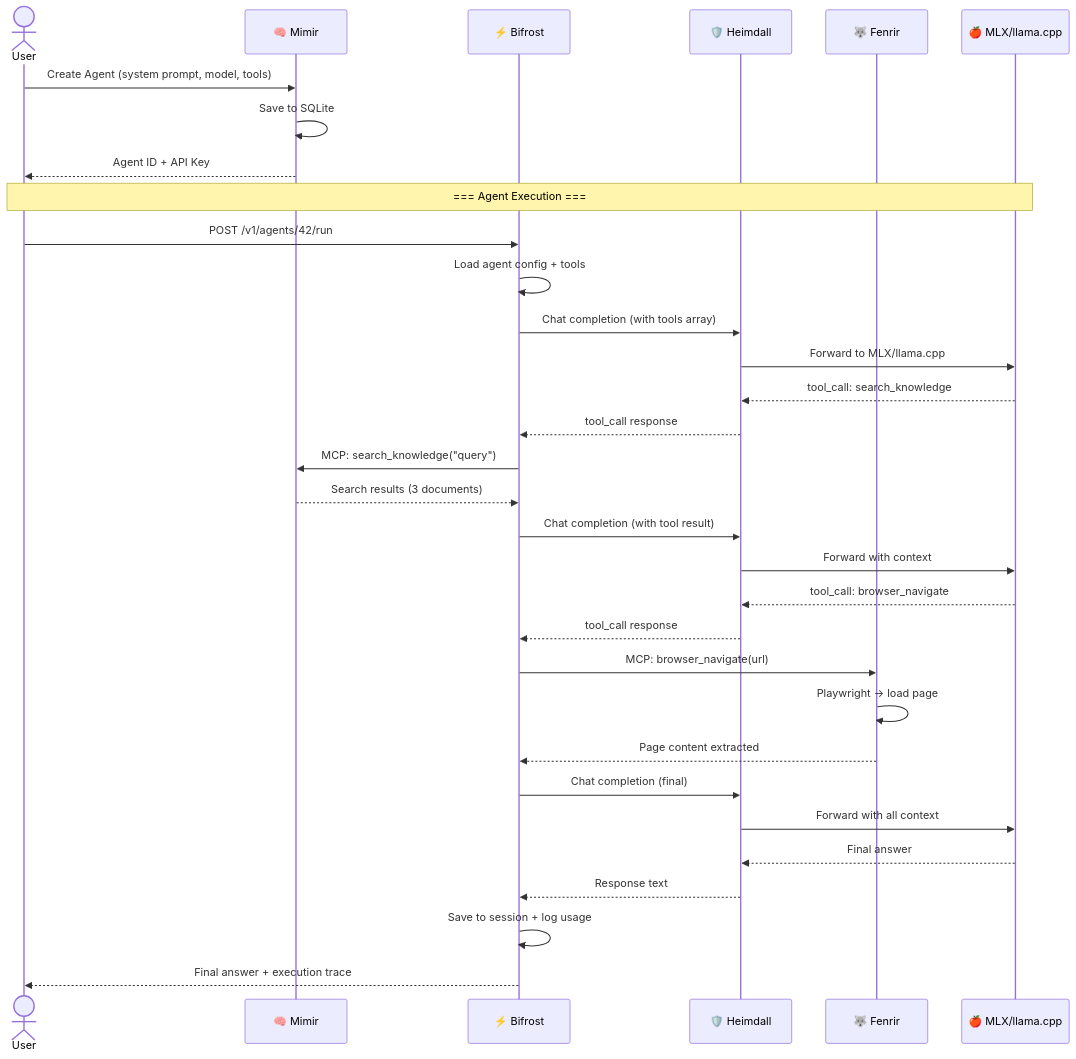
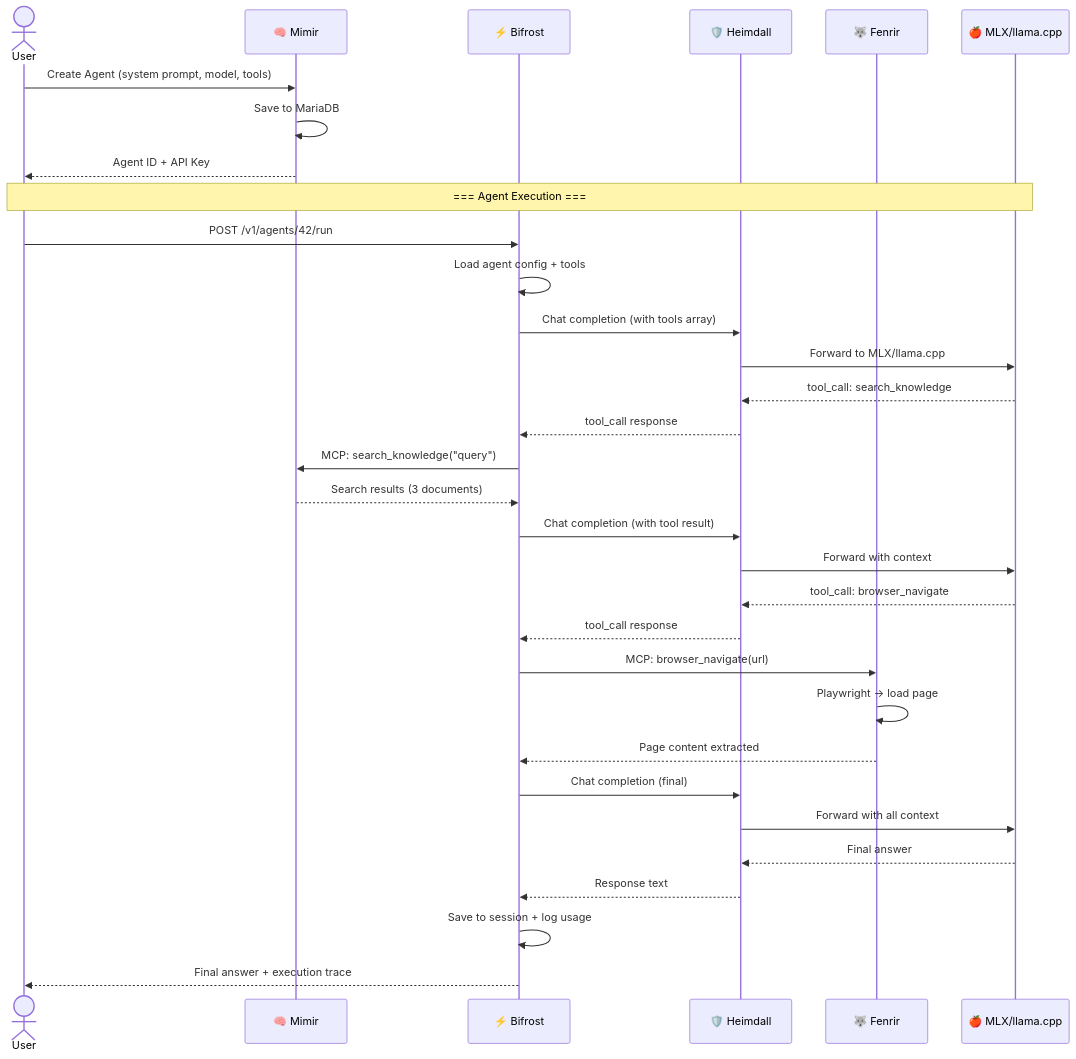
One commit to MegaWiz-Dev-Team/Asgard changed the second of 7 diagrams in docs/architecture.md. Above: the diagram before and after it, drawn with Mermaid. The commit also changed other lines of this file, not shown here.

First line of the commit message:
fix: architecture.md — SQLite→MariaDB (5 fixes) + add vLLM backend

````diff
--- a/docs/architecture.md
+++ b/docs/architecture.md
@@ -84,42 +86,42 @@
 ```mermaid
 sequenceDiagram
     actor User
     participant M as 🧠 Mimir
     participant B as ⚡ Bifrost
     participant H as 🛡️ Heimdall
     participant F as 🐺 Fenrir
     participant LLM as 🍎 MLX/llama.cpp
 
     User->>M: Create Agent (system prompt, model, tools)
-    M->>M: Save to SQLite
+    M->>M: Save to MariaDB
     M-->>User: Agent ID + API Key
 
     Note over User, LLM: === Agent Execution ===
 
     User->>B: POST /v1/agents/42/run
     B->>B: Load agent config + tools
     B->>H: Chat completion (with tools array)
     H->>LLM: Forward to MLX/llama.cpp
     LLM-->>H: tool_call: search_knowledge
     H-->>B: tool_call response
 
     B->>M: MCP: search_knowledge("query")
     M-->>B: Search results (3 documents)
 
     B->>H: Chat completion (with tool result)
     H->>LLM: Forward with context
     LLM-->>H: tool_call: browser_navigate
     H-->>B: tool_call response
 
     B->>F: MCP: browser_navigate(url)
     F->>F: Playwright → load page
     F-->>B: Page content extracted
 
     B->>H: Chat completion (final)
     H->>LLM: Forward with all context
     LLM-->>H: Final answer
     H-->>B: Response text
 
     B->>B: Save to session + log usage
     B-->>User: Final answer + execution trace
 ```
````
